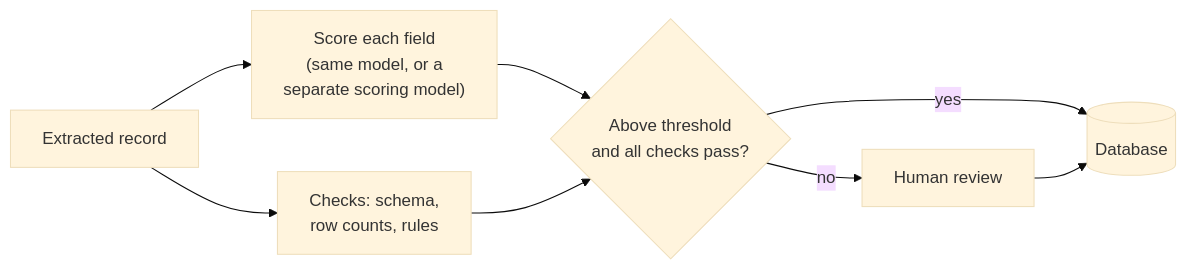
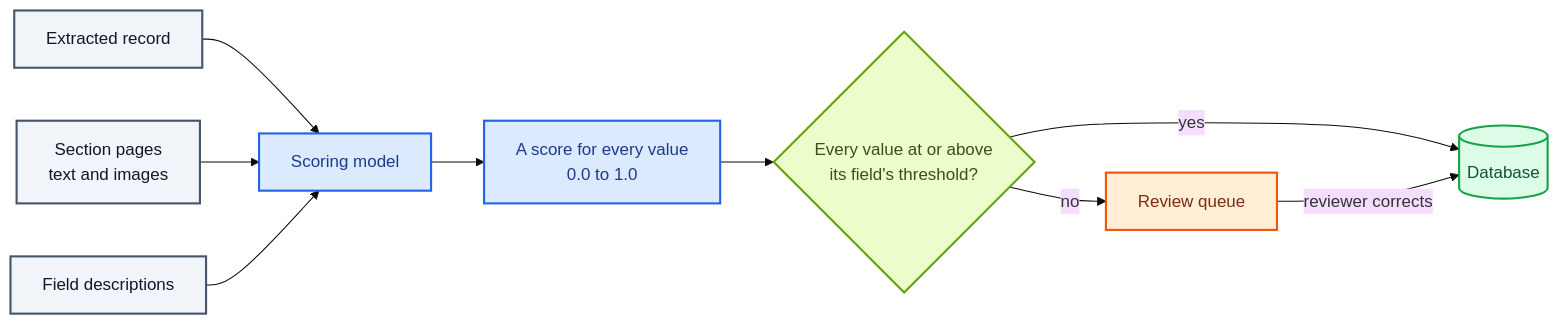
Before and after one commit to aws-solutions-library-samples/accelerated-intelligent-document-processing-on-aws: the second of 2 diagrams in docs/idp-fundamentals/confidence-assessment.md, drawn with Mermaid (base theme). The commit also changed other lines of this file and 7 other files, not shown here.

````diff
--- a/docs/idp-fundamentals/confidence-assessment.md
+++ b/docs/idp-fundamentals/confidence-assessment.md
@@ -52,10 +63,22 @@
 ```mermaid
 flowchart LR
-    A[Extracted record] --> B["Score each field<br/>(same model, or a<br/>separate scoring model)"]
-    A --> C["Checks: schema,<br/>row counts, rules"]
-    B --> D{"Above threshold<br/>and all checks pass?"}
-    C --> D
-    D -- yes --> E[("Database")]
-    D -- no --> F[Human review]
-    F --> E
+    X["Extracted record"] --> S["Scoring model"]
+    P["Section pages<br/>text and images"] --> S
+    D["Field descriptions"] --> S
+    S --> C["A score for every value<br/>0.0 to 1.0"]
+    C --> T{"Every value at or above<br/>its field's threshold?"}
+    T -- yes --> DB[("Database")]
+    T -- no --> Q["Review queue"]
+    Q -- "reviewer corrects" --> DB
+
+    classDef file fill:#f1f5f9,stroke:#475569,color:#0f172a,stroke-width:2px
+    classDef app fill:#dbeafe,stroke:#2563eb,color:#1e3a8a,stroke-width:2px
+    classDef stubA fill:#dcfce7,stroke:#16a34a,color:#14532d,stroke-width:2px
+    classDef stubB fill:#ecfccb,stroke:#65a30d,color:#365314,stroke-width:2px
+    classDef bank fill:#ffedd5,stroke:#ea580c,color:#7c2d12,stroke-width:2px
+    class X,P,D file
+    class S,C app
+    class T stubB
+    class Q bank
+    class DB stubA
 ```
````
